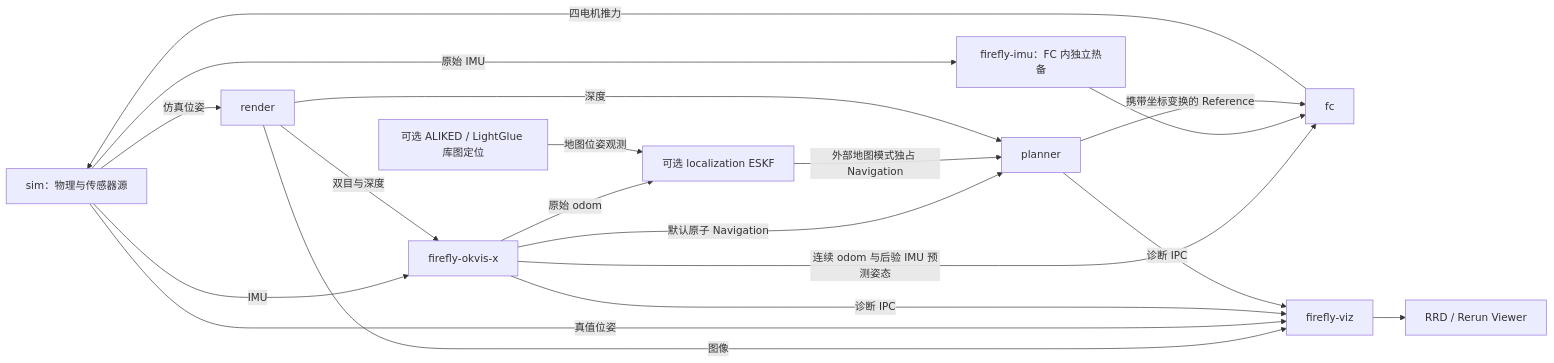
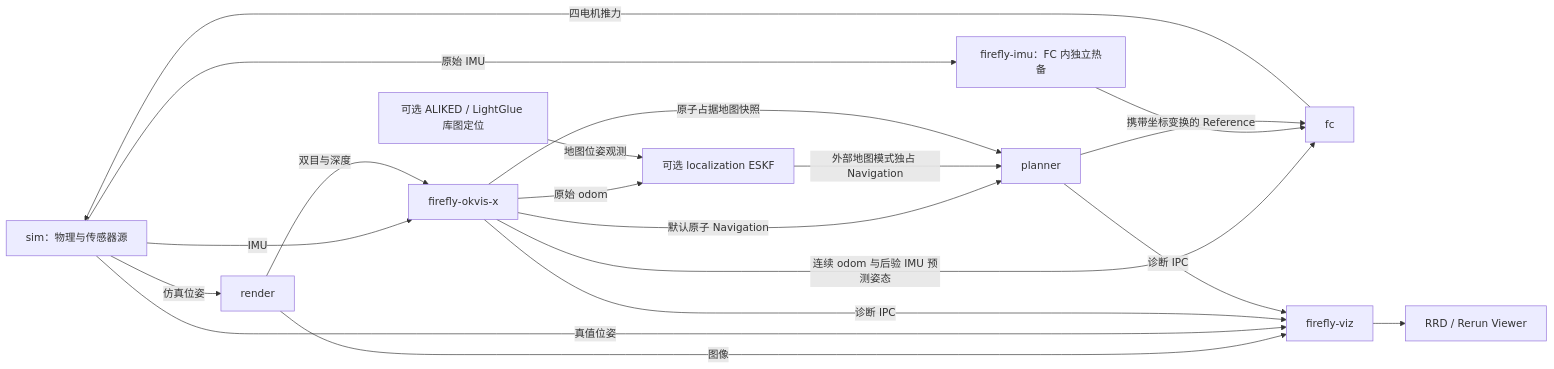
Before and after one commit to 3SE-Competitive-Robotics-Team/firefly: the first of 3 diagrams in docs/architecture.md, drawn with Mermaid. The commit also changed other lines of this file and 32 other files, not shown here.

Commit message:
refactor(map): 统一 OKVIS 地图来源与局部规划栅格

````diff
--- a/docs/architecture.md
+++ b/docs/architecture.md
@@ -11,21 +11,21 @@
 ```mermaid
 flowchart LR
     SIM[sim：物理与传感器源] -->|IMU| V[firefly-okvis-x]
     SIM -->|仿真位姿| R[render]
     R -->|双目与深度| V
     V -->|连续 odom 与后验 IMU 预测姿态| F[fc]
     SIM -->|原始 IMU| I[firefly-imu：FC 内独立热备]
     I --> F
     F -->|四电机推力| SIM
     V -->|默认原子 Navigation| P[planner]
     V -->|原始 odom| L[可选 localization ESKF]
     A[可选 ALIKED / LightGlue 库图定位] -->|地图位姿观测| L
     L -->|外部地图模式独占 Navigation| P
-    R -->|深度| P
+    V -->|原子占据地图快照| P
     P -->|携带坐标变换的 Reference| F
     R -->|图像| D[firefly-viz]
     SIM -->|真值位姿| D
     V -->|诊断 IPC| D
     P -->|诊断 IPC| D
     D --> RRD[RRD / Rerun Viewer]
 ```
````
